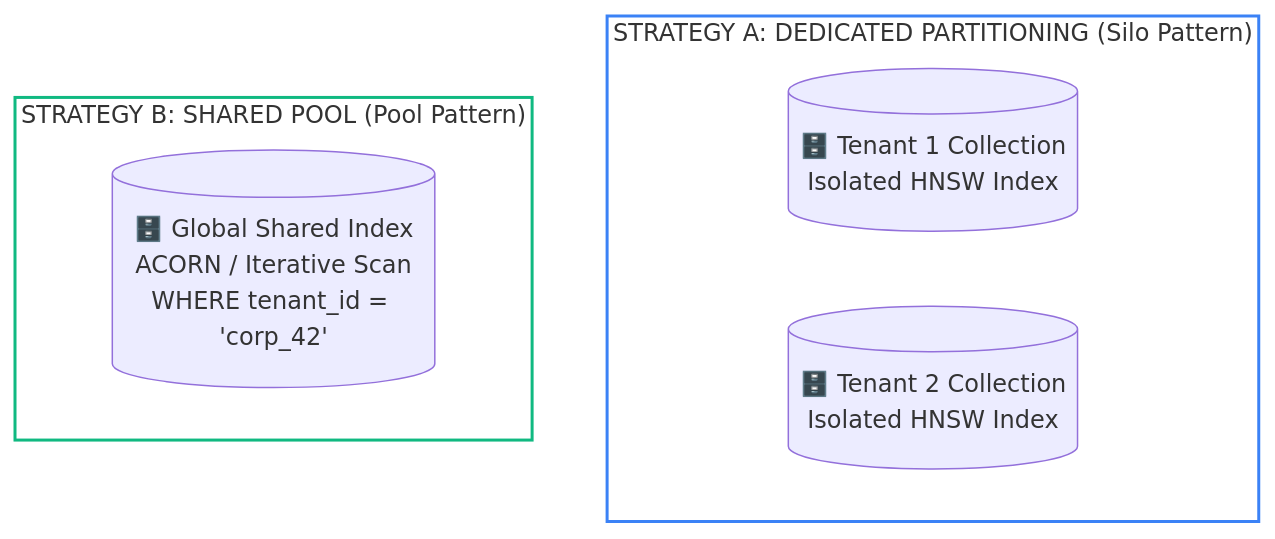
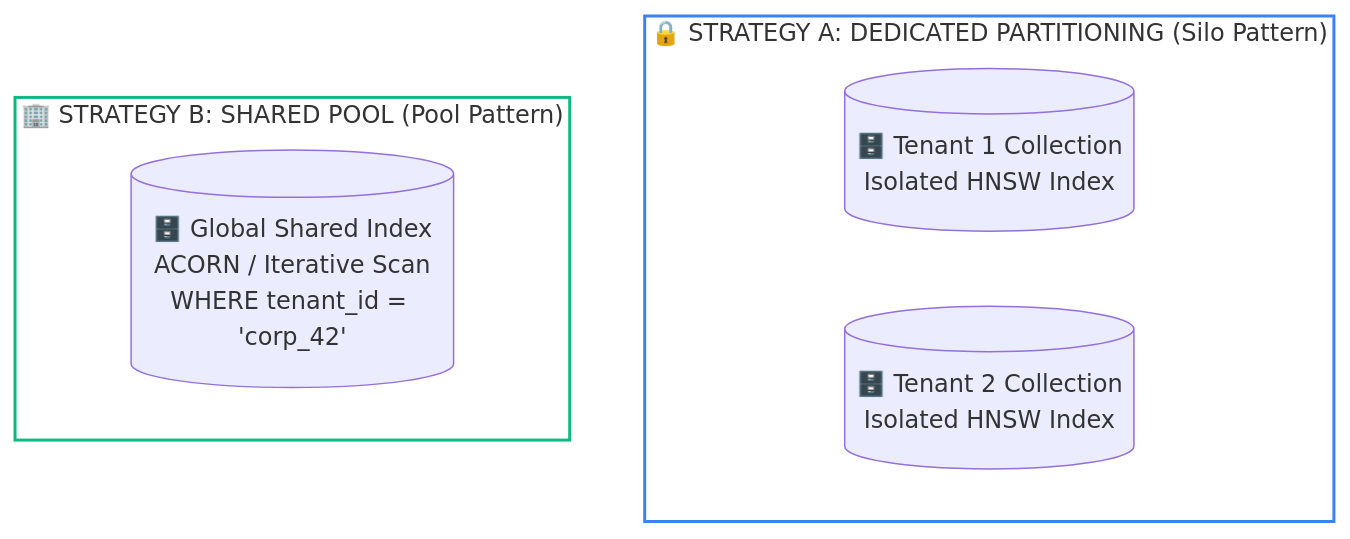
Before and after one commit to dip4k/senior-engineer-to-ai-engineer-roadmap: the fourth of 4 diagrams in 02-rag-and-knowledge-systems/05-predicate-filtering-and-acorn.md, drawn with Mermaid. The commit also changed other lines of this file and 94 other files, not shown here.

Commit message:
refactor(curriculum): complete Phase 04 upgrade and enforce diagram renderer invariants

````diff
--- a/02-rag-and-knowledge-systems/05-predicate-filtering-and-acorn.md
+++ b/02-rag-and-knowledge-systems/05-predicate-filtering-and-acorn.md
@@ -170,13 +170,13 @@
 ```mermaid
 flowchart TD
-    subgraph Dedicated["STRATEGY A: DEDICATED PARTITIONING (Silo Pattern)"]
+    subgraph Dedicated["🔒 STRATEGY A: DEDICATED PARTITIONING (Silo Pattern)"]
         T1_DB[("🗄️ Tenant 1 Collection<br>Isolated HNSW Index")]
         T2_DB[("🗄️ Tenant 2 Collection<br>Isolated HNSW Index")]
     end
 
-    subgraph Shared["STRATEGY B: SHARED POOL (Pool Pattern)"]
+    subgraph Shared["🏢 STRATEGY B: SHARED POOL (Pool Pattern)"]
         Shared_DB[("🗄️ Global Shared Index<br>ACORN / Iterative Scan<br>WHERE tenant_id = 'corp_42'")]
     end
     style Dedicated fill:none,stroke:#3b82f6,stroke-width:2px;
     style Shared fill:none,stroke:#10b981,stroke-width:2px;
 ```
````
